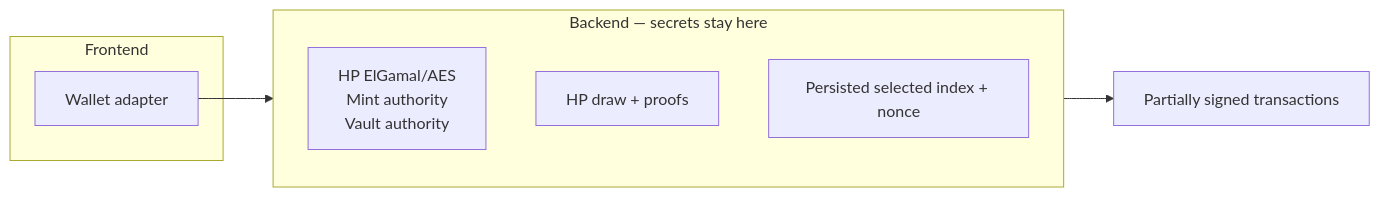
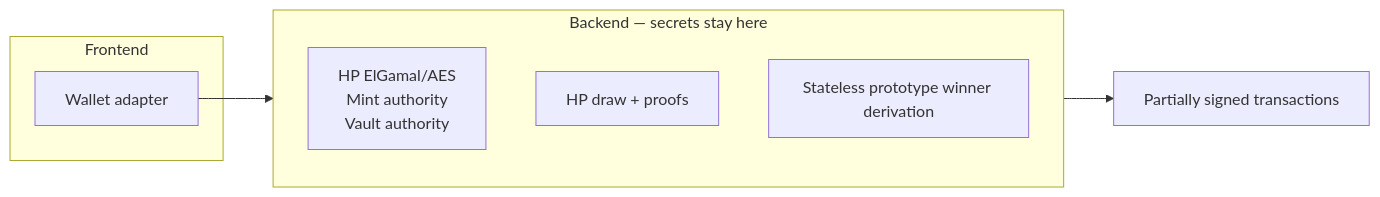
Before and after one commit to kilogold/confidential-pinata: the first of 3 diagrams in docs/arbiter.md, drawn with Mermaid. The commit also changed other lines of this file and 6 other files, not shown here.

Commit message:
Document stateless prototype raffle derivation

````diff
--- a/docs/arbiter.md
+++ b/docs/arbiter.md
@@ -11,13 +11,13 @@
 ```mermaid
 flowchart LR
   subgraph backend [Backend — secrets stay here]
     keys[HP ElGamal/AES<br/>Mint authority<br/>Vault authority]
     hp[HP draw + proofs]
-    raffle[Persisted selected index + nonce]
+    raffle[Stateless prototype winner derivation]
   end
   subgraph frontend [Frontend]
     ui[Wallet adapter]
   end
   ui --> backend
   backend --> tx[Partially signed transactions]
 ```
````
